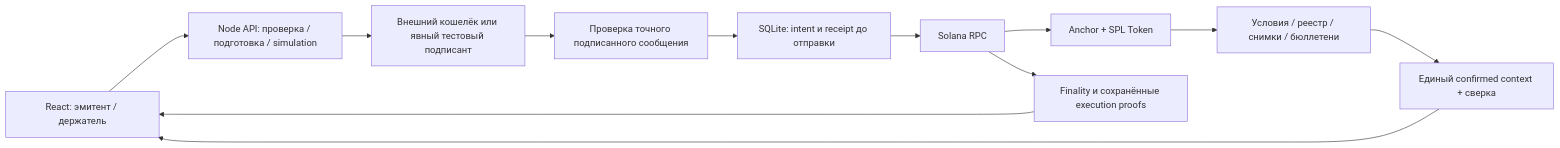
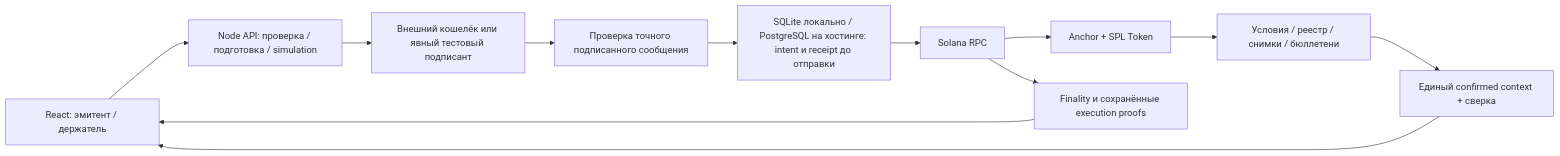
One commit to dimik98330/solana-worldsfair-2026 changed the diagram in README.ru.md. Above: the diagram before and after it, drawn with Mermaid. The commit also changed other lines of this file and 49 other files, not shown here.

Commit message:
Prepare durable PostgreSQL hosting with verified Solana lifecycle

````diff
--- a/README.ru.md
+++ b/README.ru.md
@@ -116,14 +116,14 @@
 ```mermaid
 flowchart LR
   UI[React: эмитент / держатель] --> API[Node API: проверка / подготовка / simulation]
   API --> Wallet[Внешний кошелёк или явный тестовый подписант]
   Wallet --> Relay[Проверка точного подписанного сообщения]
-  Relay --> Journal[SQLite: intent и receipt до отправки]
+  Relay --> Journal[SQLite локально / PostgreSQL на хостинге: intent и receipt до отправки]
   Journal --> RPC[Solana RPC]
   RPC --> Program[Anchor + SPL Token]
   Program --> Accounts[Условия / реестр / снимки / бюллетени]
   Accounts --> Read[Единый confirmed context + сверка]
   Read --> UI
   RPC --> Proof[Finality и сохранённые execution proofs]
   Proof --> UI
 ```
````
